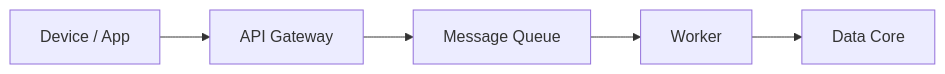
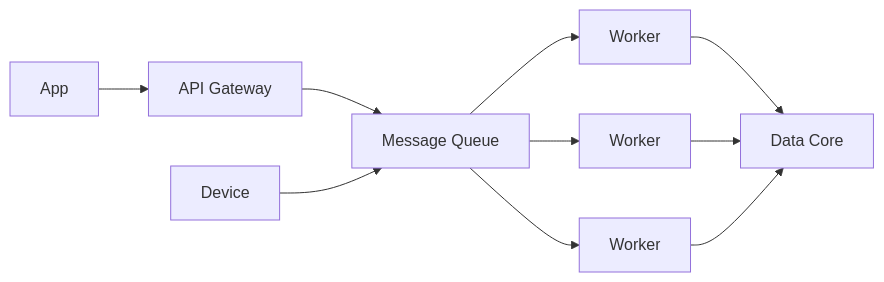
Before and after one commit to devchan64/devchan64.github.io: the diagram in marp/slides/message-architecture-and-operational-design.md, drawn with Mermaid. The commit also changed 1 other file, not shown here.

Commit message:
도표 수정

```diff
--- a/marp/slides/message-architecture-and-operational-design.md
+++ b/marp/slides/message-architecture-and-operational-design.md
@@ -8,7 +8,12 @@
 <div class="mermaid">
 graph LR
-device[Device / App] --> API[API Gateway]
+APP[App] --> API[API Gateway]
 API --> MSG[Message Queue]
+DEV[Device] --> MSG[Message Queue]
 MSG --> MSA[Worker]
+MSG --> MSA1[Worker]
+MSG --> MSA2[Worker]
 MSA --> Data[Data Core]
+MSA1 --> Data[Data Core]
+MSA2 --> Data[Data Core]
 </div>
```
